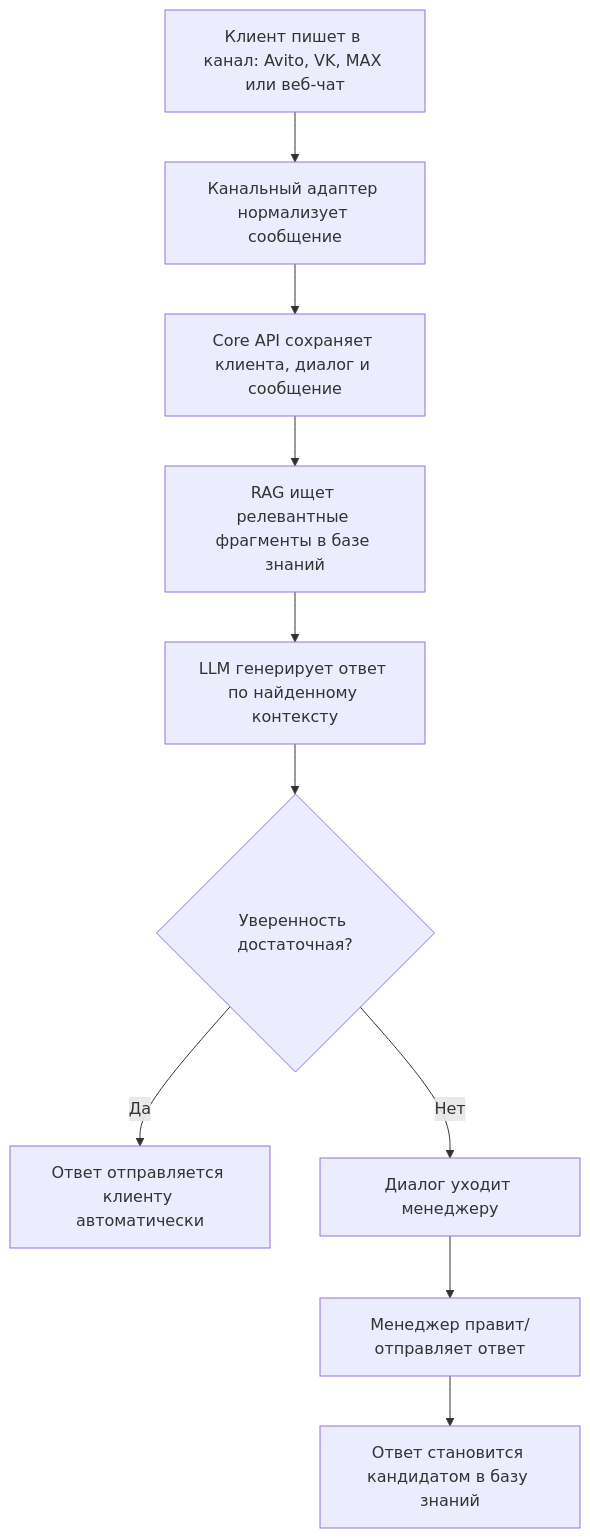
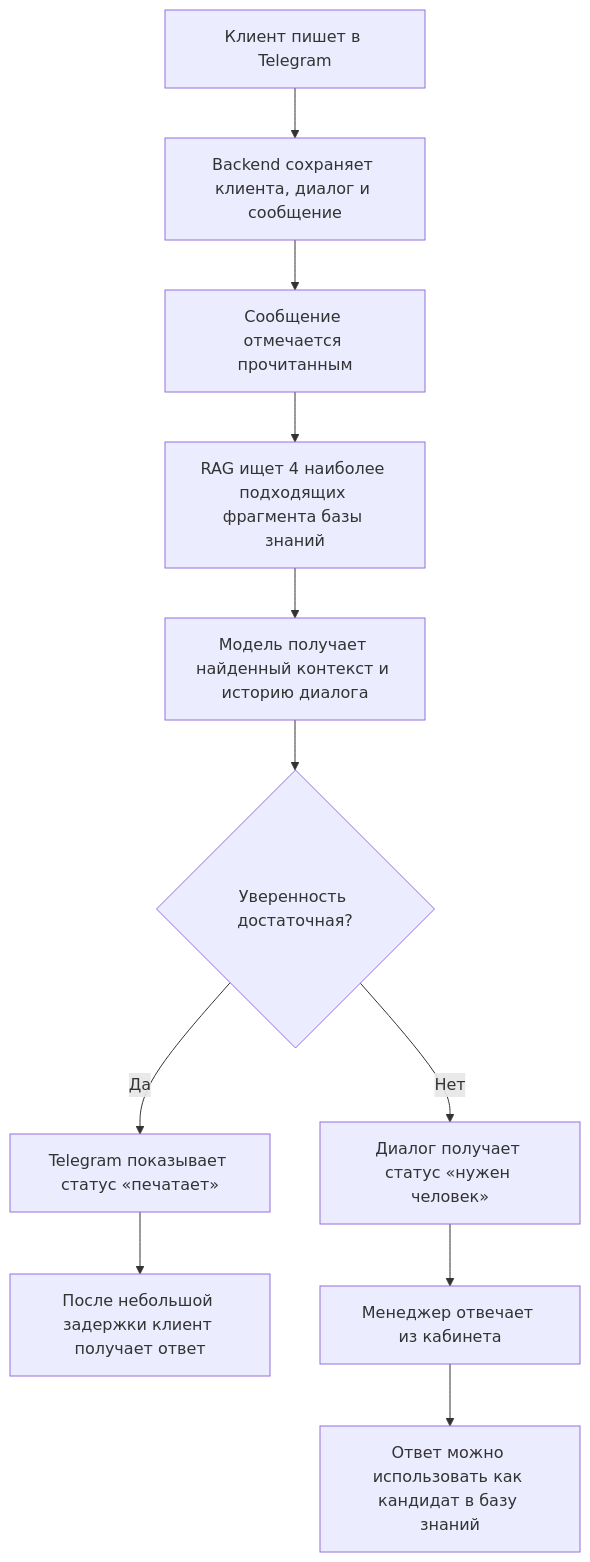
One commit to Project-AI-manager/Main changed the first of 2 diagrams in README.md. Above: the diagram before and after it, drawn with Mermaid. The commit also changed other lines of this file, not shown here.

````diff
--- a/README.md
+++ b/README.md
@@ -45,12 +29,13 @@
 ```mermaid
 flowchart TD
-    A["Клиент пишет в канал: Avito, VK, MAX или веб-чат"] --> B["Канальный адаптер нормализует сообщение"]
-    B --> C["Core API сохраняет клиента, диалог и сообщение"]
-    C --> D["RAG ищет релевантные фрагменты в базе знаний"]
-    D --> E["LLM генерирует ответ по найденному контексту"]
+    A["Клиент пишет в Telegram"] --> B["Backend сохраняет клиента, диалог и сообщение"]
+    B --> C["Сообщение отмечается прочитанным"]
+    C --> D["RAG ищет 4 наиболее подходящих фрагмента базы знаний"]
+    D --> E["Модель получает найденный контекст и историю диалога"]
     E --> F{"Уверенность достаточная?"}
-    F -->|Да| G["Ответ отправляется клиенту автоматически"]
-    F -->|Нет| H["Диалог уходит менеджеру"]
-    H --> I["Менеджер правит/отправляет ответ"]
-    I --> J["Ответ становится кандидатом в базу знаний"]
+    F -->|Да| G["Telegram показывает статус «печатает»"]
+    G --> H["После небольшой задержки клиент получает ответ"]
+    F -->|Нет| I["Диалог получает статус «нужен человек»"]
+    I --> J["Менеджер отвечает из кабинета"]
+    J --> K["Ответ можно использовать как кандидат в базу знаний"]
 ```
````
